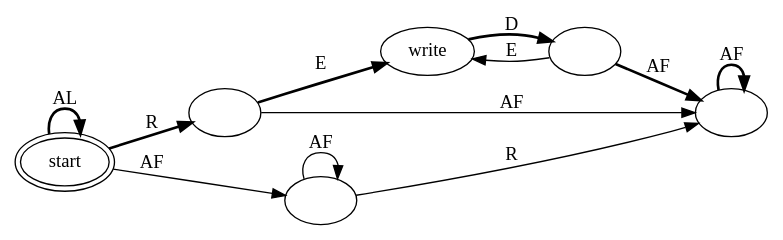
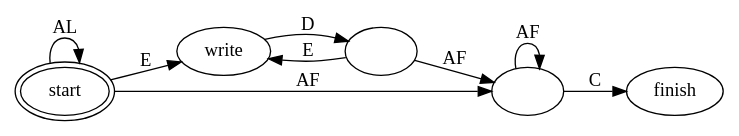
Before and after one commit to ucla-readable/fstitch-doc: the diagram in sosp/opgroup_transitions.dot, drawn with Graphviz. The commit also changed 1 other file, not shown here.

Commit message:
r3151: Simplify the opgroup api functions and their names. Now the state transition diagram is clearly easier to read than the table, so drop the table.

```diff
--- a/sosp/opgroup_transitions.dot
+++ b/sosp/opgroup_transitions.dot
@@ -1,21 +1,17 @@
 digraph opgrouptransitions
 {
 	rankdir=LR
 	"start" [label="start",peripheries=2]
-	"a" [label=""]
 	"b" [label="write"]
 	"c" [label=""]
 	"d" [label=""]
-	"e" [label=""]
-	"start" -> "start" [label="AL",style=bold]
-	"start" -> "a" [label="R",style=bold]
+	"closed" [label="finish"]
+	"d" -> "closed" [label="C"]
+	"start" -> "start" [label="AL"]
 	"start" -> "d" [label="AF"]
-	"a" -> "b" [label="E",style=bold]
-	"a" -> "e" [label="AF"]
-	"b" -> "c" [label="D",style=bold]
+	"start" -> "b" [label="E"]
+	"b" -> "c" [label="D"]
 	"c" -> "b" [label="E"]
-	"c" -> "e" [label="AF",style=bold]
+	"c" -> "d" [label="AF"]
 	"d" -> "d" [label="AF"]
-	"d" -> "e" [label="R"]
-	"e" -> "e" [label="AF",style=bold]
 }
```
